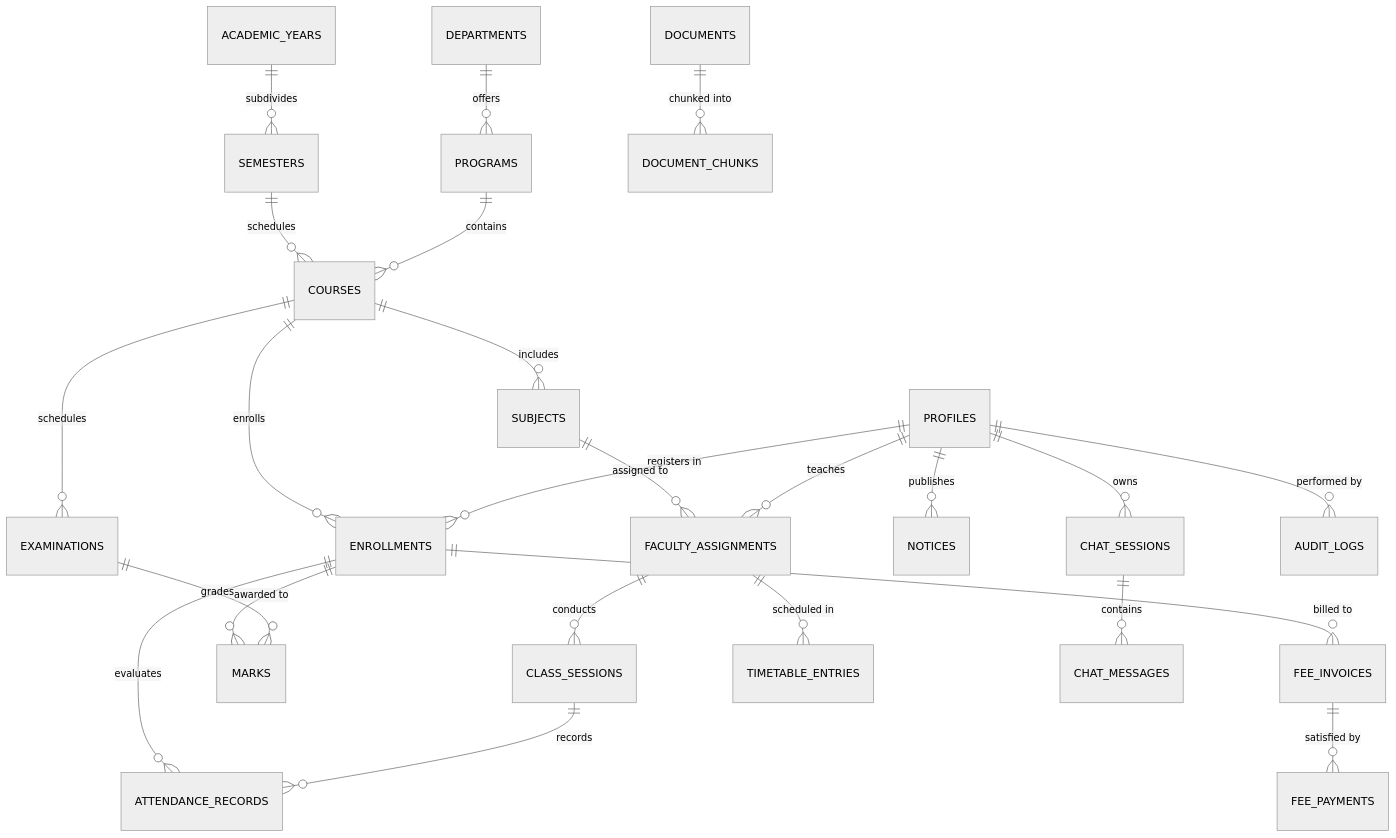
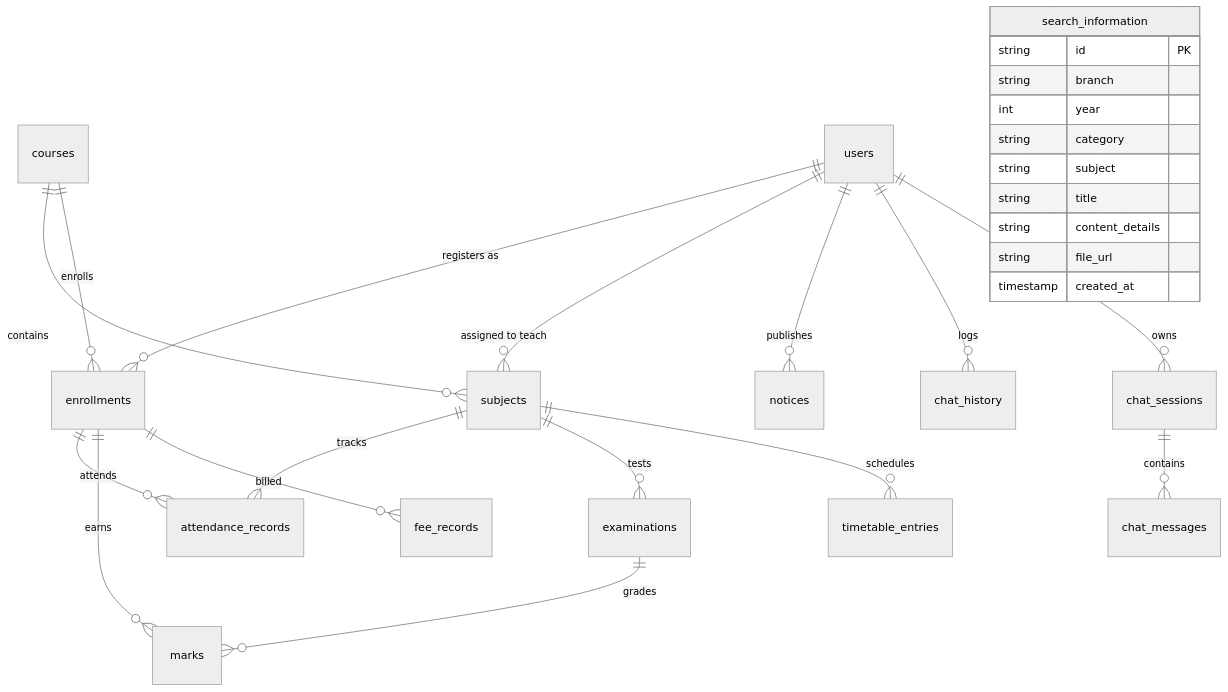
One commit to Akshitkumar23/CSIC changed the diagram in docs/architecture/database-design.md. Above: the diagram before and after it, drawn with Mermaid (neutral theme). The commit also changed other lines of this file and 39 other files, not shown here.

Commit message:
feat: implement search information module, standardize page naming, and repository cleanup

````diff
--- a/docs/architecture/database-design.md
+++ b/docs/architecture/database-design.md
@@ -8,26 +31,29 @@
 ```mermaid
 erDiagram
-    PROFILES ||--o{ ENROLLMENTS : "registers in"
-    PROFILES ||--o{ FACULTY_ASSIGNMENTS : "teaches"
-    DEPARTMENTS ||--o{ PROGRAMS : "offers"
-    PROGRAMS ||--o{ COURSES : "contains"
-    ACADEMIC_YEARS ||--o{ SEMESTERS : "subdivides"
-    SEMESTERS ||--o{ COURSES : "schedules"
-    COURSES ||--o{ SUBJECTS : "includes"
-    SUBJECTS ||--o{ FACULTY_ASSIGNMENTS : "assigned to"
-    COURSES ||--o{ ENROLLMENTS : "enrolls"
-    FACULTY_ASSIGNMENTS ||--o{ CLASS_SESSIONS : "conducts"
-    CLASS_SESSIONS ||--o{ ATTENDANCE_RECORDS : "records"
-    ENROLLMENTS ||--o{ ATTENDANCE_RECORDS : "evaluates"
-    COURSES ||--o{ EXAMINATIONS : "schedules"
-    EXAMINATIONS ||--o{ MARKS : "grades"
-    ENROLLMENTS ||--o{ MARKS : "awarded to"
-    ENROLLMENTS ||--o{ FEE_INVOICES : "billed to"
-    FEE_INVOICES ||--o{ FEE_PAYMENTS : "satisfied by"
-    FACULTY_ASSIGNMENTS ||--o{ TIMETABLE_ENTRIES : "scheduled in"
-    PROFILES ||--o{ NOTICES : "publishes"
-    PROFILES ||--o{ CHAT_SESSIONS : "owns"
-    CHAT_SESSIONS ||--o{ CHAT_MESSAGES : "contains"
-    PROFILES ||--o{ AUDIT_LOGS : "performed by"
-    DOCUMENTS ||--o{ DOCUMENT_CHUNKS : "chunked into"
+    users ||--o{ enrollments : "registers as"
+    users ||--o{ subjects : "assigned to teach"
+    users ||--o{ notices : "publishes"
+    users ||--o{ chat_history : "logs"
+    users ||--o{ chat_sessions : "owns"
+    courses ||--o{ subjects : "contains"
+    courses ||--o{ enrollments : "enrolls"
+    enrollments ||--o{ attendance_records : "attends"
+    subjects ||--o{ attendance_records : "tracks"
+    subjects ||--o{ examinations : "tests"
+    examinations ||--o{ marks : "grades"
+    enrollments ||--o{ marks : "earns"
+    enrollments ||--o{ fee_records : "billed"
+    subjects ||--o{ timetable_entries : "schedules"
+    chat_sessions ||--o{ chat_messages : "contains"
+    search_information {
+        string id PK
+        string branch
+        int year
+        string category
+        string subject
+        string title
+        string content_details
+        string file_url
+        timestamp created_at
+    }
 ```
````
